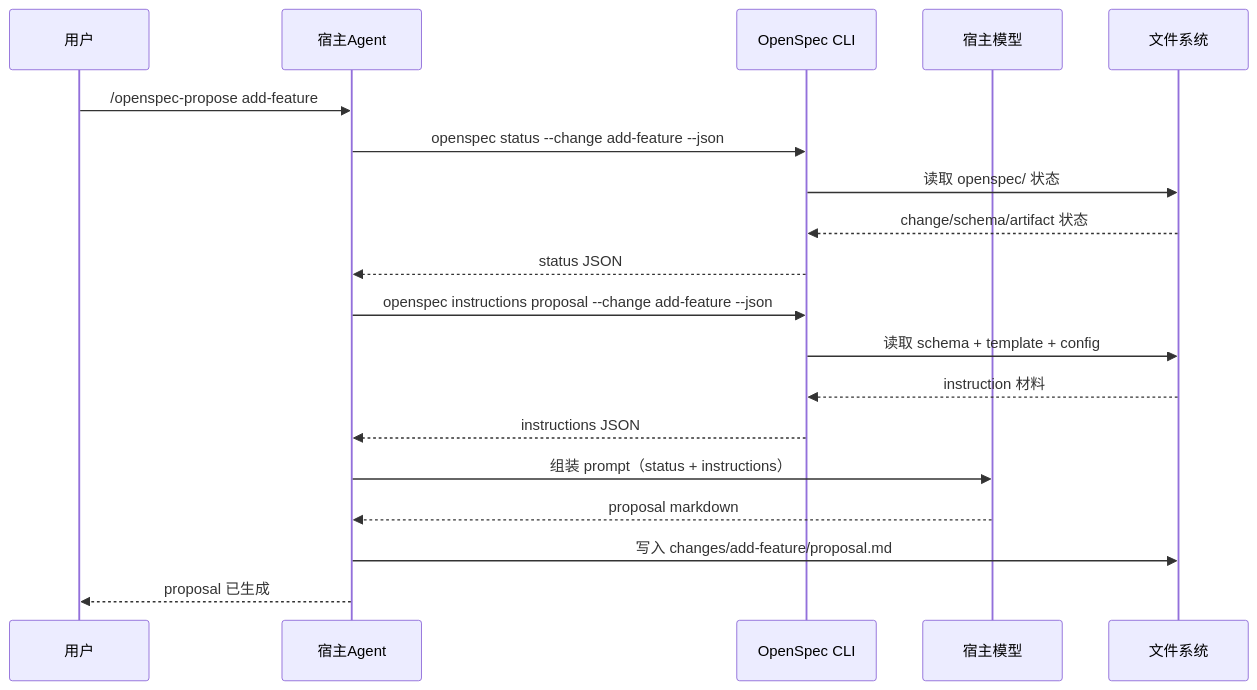
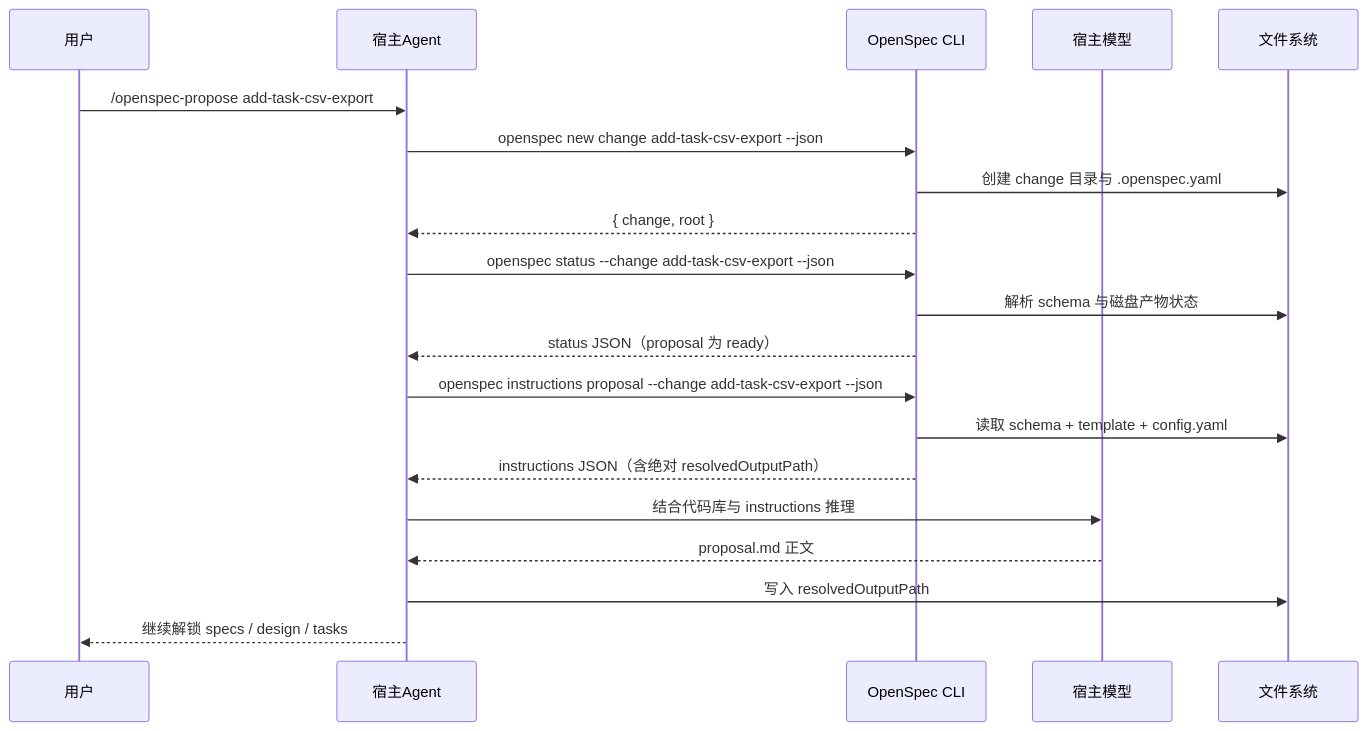
Before and after one commit to ethan-jiang-3/OpenSpec: the diagram in _openspec_handbook/90-附录-给机器看的-agent-协议.md, drawn with Mermaid. The commit also changed other lines of this file and 190 other files, not shown here.

````diff
--- a/_openspec_handbook/90-附录-给机器看的-agent-协议.md
+++ b/_openspec_handbook/90-附录-给机器看的-agent-协议.md
@@ -71,24 +78,26 @@
 ```mermaid
 sequenceDiagram
     participant User as 用户
     participant Host as 宿主Agent
     participant CLI as OpenSpec CLI
     participant LLM as 宿主模型
     participant FS as 文件系统
 
-    User->>Host: /openspec-propose add-feature
-    Host->>CLI: openspec status --change add-feature --json
-    CLI->>FS: 读取 openspec/ 状态
-    FS-->>CLI: change/schema/artifact 状态
-    CLI-->>Host: status JSON
+    User->>Host: /openspec-propose add-task-csv-export
+    Host->>CLI: openspec new change add-task-csv-export --json
+    CLI->>FS: 创建 change 目录与 .openspec.yaml
+    CLI-->>Host: { change, root }
 
-    Host->>CLI: openspec instructions proposal --change add-feature --json
-    CLI->>FS: 读取 schema + template + config
-    FS-->>CLI: instruction 材料
-    CLI-->>Host: instructions JSON
+    Host->>CLI: openspec status --change add-task-csv-export --json
+    CLI->>FS: 解析 schema 与磁盘产物状态
+    CLI-->>Host: status JSON（proposal 为 ready）
 
-    Host->>LLM: 组装 prompt（status + instructions）
-    LLM-->>Host: proposal markdown
-    Host->>FS: 写入 changes/add-feature/proposal.md
-    Host-->>User: proposal 已生成
+    Host->>CLI: openspec instructions proposal --change add-task-csv-export --json
+    CLI->>FS: 读取 schema + template + config.yaml
+    CLI-->>Host: instructions JSON（含绝对 resolvedOutputPath）
+
+    Host->>LLM: 结合代码库与 instructions 推理
+    LLM-->>Host: proposal.md 正文
+    Host->>FS: 写入 resolvedOutputPath
+    Host-->>User: 继续解锁 specs / design / tasks
 ```
````
